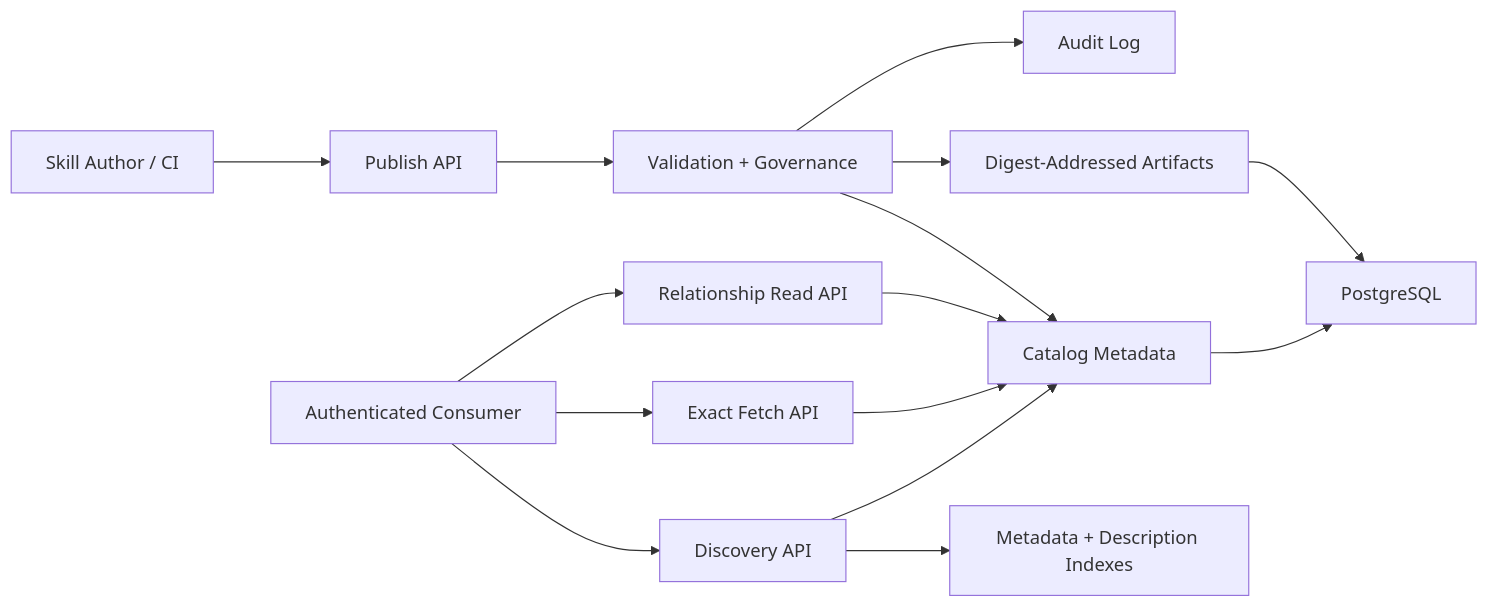
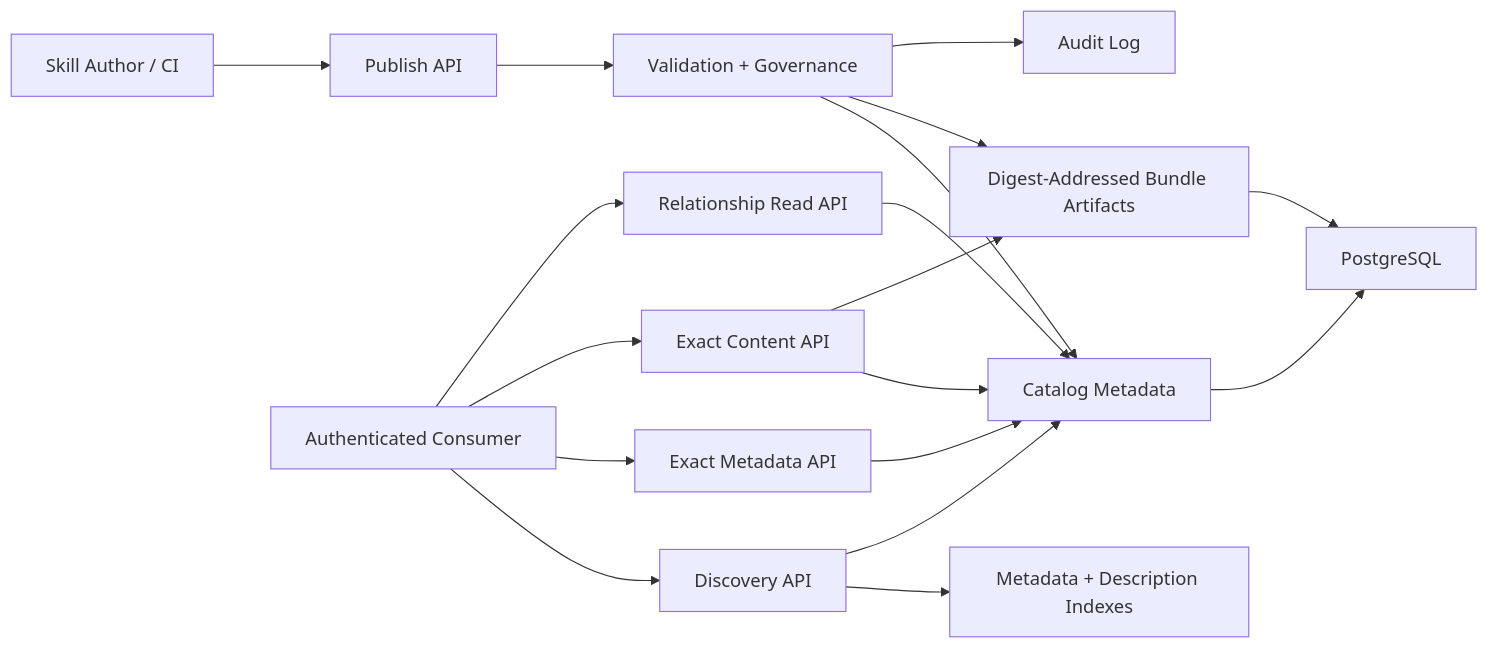
One commit to aptitude-stack/registery changed the diagram in docs/roadmap/requirements-and-phases.md. Above: the diagram before and after it, drawn with Mermaid. The commit also changed other lines of this file and 18 other files, not shown here.

````diff
--- a/docs/roadmap/requirements-and-phases.md
+++ b/docs/roadmap/requirements-and-phases.md
@@ -105,17 +75,20 @@
 ```mermaid
 flowchart LR
   Author["Skill Author / CI"] --> Publish["Publish API"]
   Consumer["Authenticated Consumer"] --> Search["Discovery API"]
-  Consumer --> Fetch["Exact Fetch API"]
+  Consumer --> FetchMeta["Exact Metadata API"]
+  Consumer --> FetchContent["Exact Content API"]
   Consumer --> Relationships["Relationship Read API"]
   Publish --> Validate["Validation + Governance"]
   Validate --> Catalog["Catalog Metadata"]
-  Validate --> Artifacts["Digest-Addressed Artifacts"]
+  Validate --> Artifacts["Digest-Addressed Bundle Artifacts"]
   Search --> Index["Metadata + Description Indexes"]
   Search --> Catalog
-  Fetch --> Catalog
+  FetchMeta --> Catalog
+  FetchContent --> Catalog
+  FetchContent --> Artifacts
   Relationships --> Catalog
   Catalog --> DB["PostgreSQL"]
   Artifacts --> DB["PostgreSQL"]
   Validate --> Audit["Audit Log"]
 ```
````
